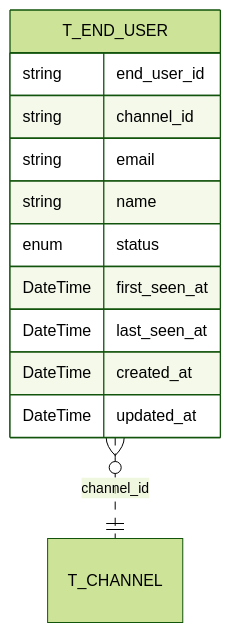
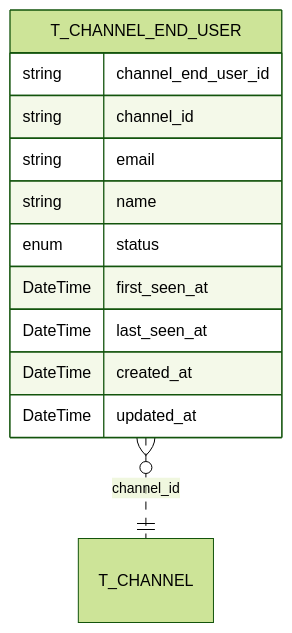
Before and after one commit to citron0137/exp-message: the fifth of 6 diagrams in 00-docs/03-admin/aggregate-root-design.md, drawn with Mermaid (forest theme). The commit also changed other lines of this file and 2 other files, not shown here.

````diff
--- a/00-docs/03-admin/aggregate-root-design.md
+++ b/00-docs/03-admin/aggregate-root-design.md
@@ -293,16 +293,16 @@
 ```mermaid
 erDiagram
-    T_END_USER {
-        string end_user_id
+    T_CHANNEL_END_USER {
+        string channel_end_user_id
         string channel_id
         string email
         string name
         enum status
         DateTime first_seen_at
         DateTime last_seen_at
         DateTime created_at
         DateTime updated_at
     }
 
-    T_END_USER }o..|| T_CHANNEL: channel_id
+    T_CHANNEL_END_USER }o..|| T_CHANNEL: channel_id
 ```
````
